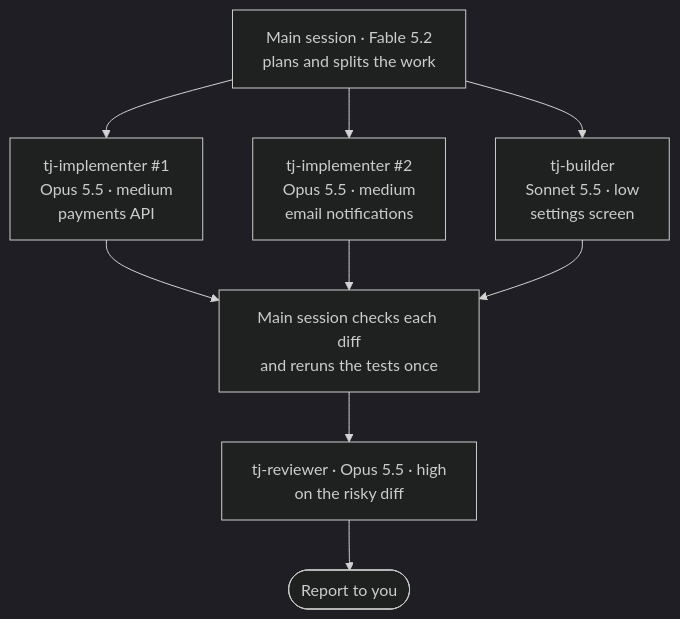
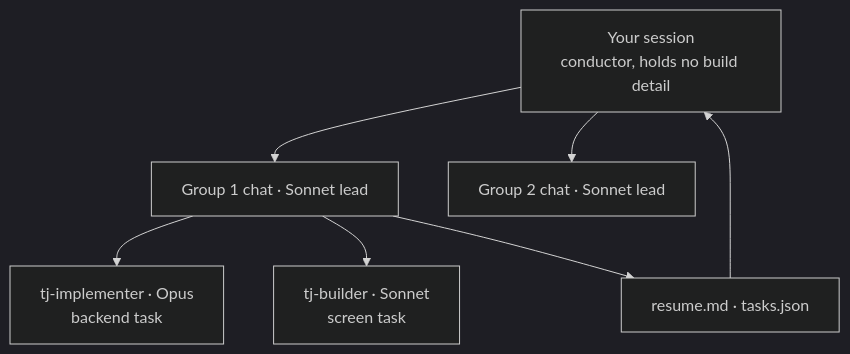
Before and after one commit to tjthouhid/tjforge: the fifth of 6 diagrams in README.md, drawn with Mermaid (dark theme). The commit also changed other lines of this file and 24 other files, not shown here.

````diff
--- a/README.md
+++ b/README.md
@@ -258,11 +264,9 @@
 ```mermaid
 flowchart TD
-    M["Main session · Fable 5.2<br/>plans and splits the work"] --> I1["tj-implementer #1<br/>Opus 5.5 · medium<br/>payments API"]
-    M --> I2["tj-implementer #2<br/>Opus 5.5 · medium<br/>email notifications"]
-    M --> B1["tj-builder<br/>Sonnet 5.5 · low<br/>settings screen"]
-    I1 --> C["Main session checks each diff<br/>and reruns the tests once"]
-    I2 --> C
-    B1 --> C
-    C --> R["tj-reviewer · Opus 5.5 · high<br/>on the risky diff"]
-    R --> U([Report to you])
+    C["Your session<br/>conductor, holds no build detail"] --> G1["Group 1 chat · Sonnet lead"]
+    C --> G2["Group 2 chat · Sonnet lead"]
+    G1 --> W1["tj-implementer · Opus<br/>backend task"]
+    G1 --> W2["tj-builder · Sonnet<br/>screen task"]
+    G1 --> RF["resume.md · tasks.json"]
+    RF --> C
 ```
````
